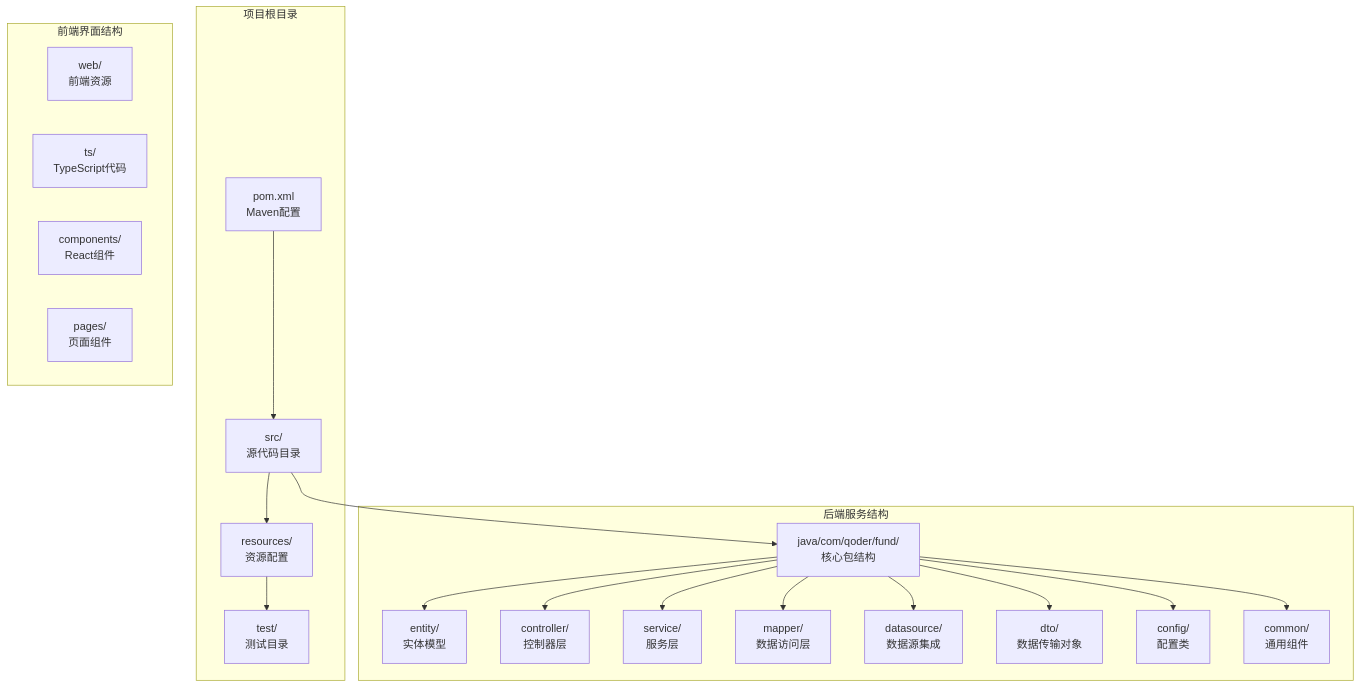
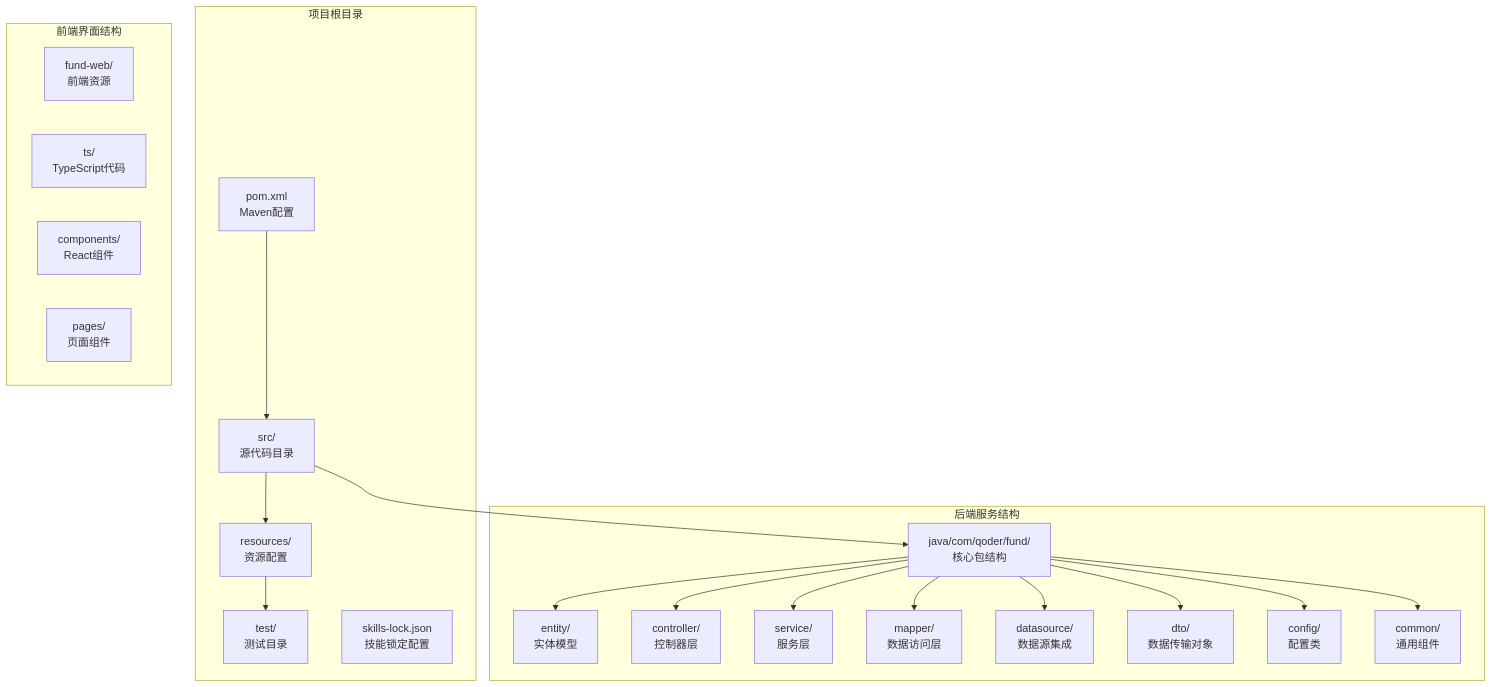
Before and after one commit to gree-coder/fund-butler: the first of 11 diagrams in .qoder/repowiki/zh/content/核心功能开发/核心功能开发.md, drawn with Mermaid. The commit also changed other lines of this file and 5 other files, not shown here.

````diff
--- a/.qoder/repowiki/zh/content/核心功能开发/核心功能开发.md
+++ b/.qoder/repowiki/zh/content/核心功能开发/核心功能开发.md
@@ -61,38 +67,39 @@
 ```mermaid
 graph TB
 subgraph "项目根目录"
 POM[pom.xml<br/>Maven配置]
 SRC[src/<br/>源代码目录]
 RES[resources/<br/>资源配置]
 TEST[test/<br/>测试目录]
+SKILLS[skills-lock.json<br/>技能锁定配置]
 end
 subgraph "后端服务结构"
 JAVA[java/com/qoder/fund/<br/>核心包结构]
 ENTITY[entity/<br/>实体模型]
 CONTROLLER[controller/<br/>控制器层]
 SERVICE[service/<br/>服务层]
 MAPPER[mapper/<br/>数据访问层]
 DATASOURCE[datasource/<br/>数据源集成]
 DTO[dto/<br/>数据传输对象]
 CONFIG[config/<br/>配置类]
 COMMON[common/<br/>通用组件]
 end
 subgraph "前端界面结构"
-WEB[web/<br/>前端资源]
+WEB[fund-web/<br/>前端资源]
 TS[ts/<br/>TypeScript代码]
 COMPONENTS[components/<br/>React组件]
 PAGES[pages/<br/>页面组件]
 end
 POM --> SRC
 SRC --> JAVA
 SRC --> RES
 JAVA --> ENTITY
 JAVA --> CONTROLLER
 JAVA --> SERVICE
 JAVA --> MAPPER
 JAVA --> DATASOURCE
 JAVA --> DTO
 JAVA --> CONFIG
 JAVA --> COMMON
 RES --> TEST
 ```
````
